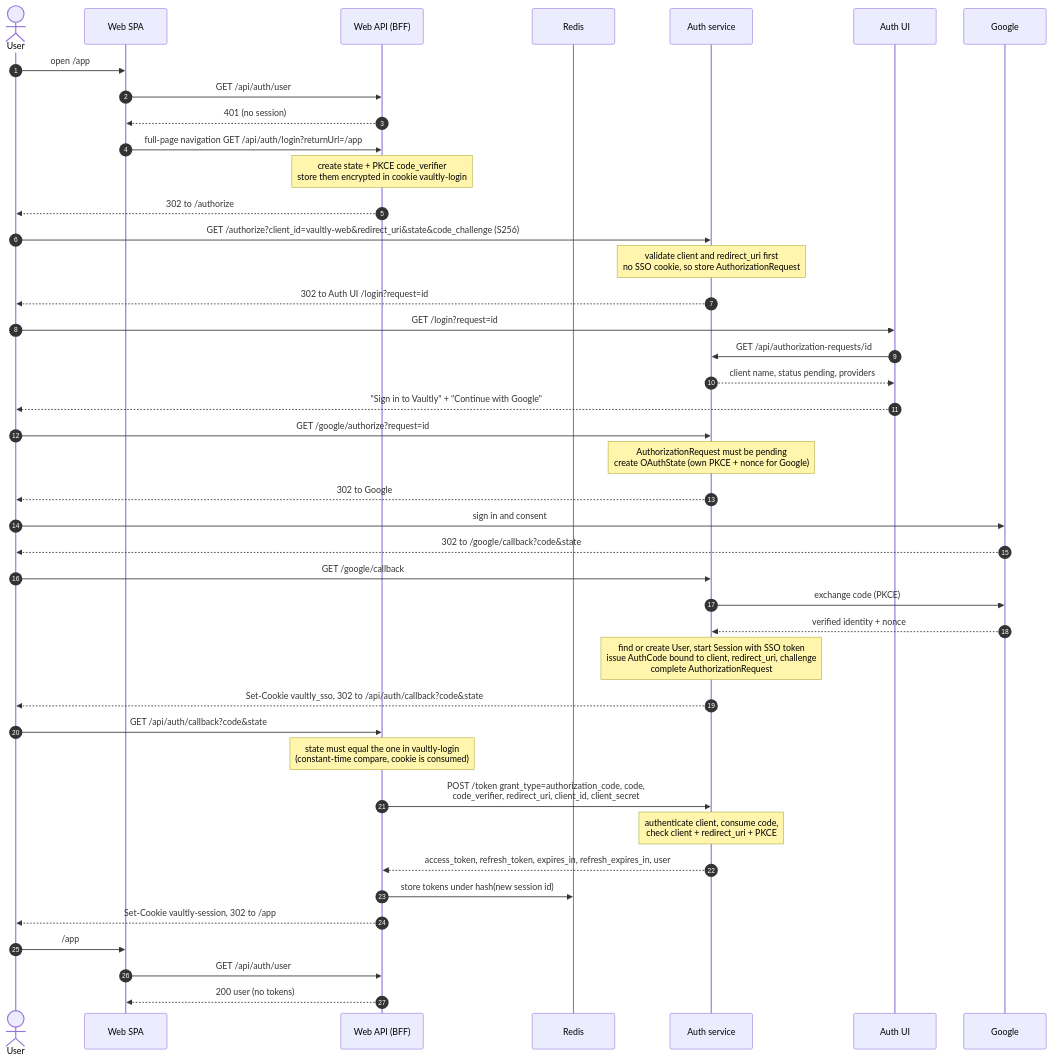
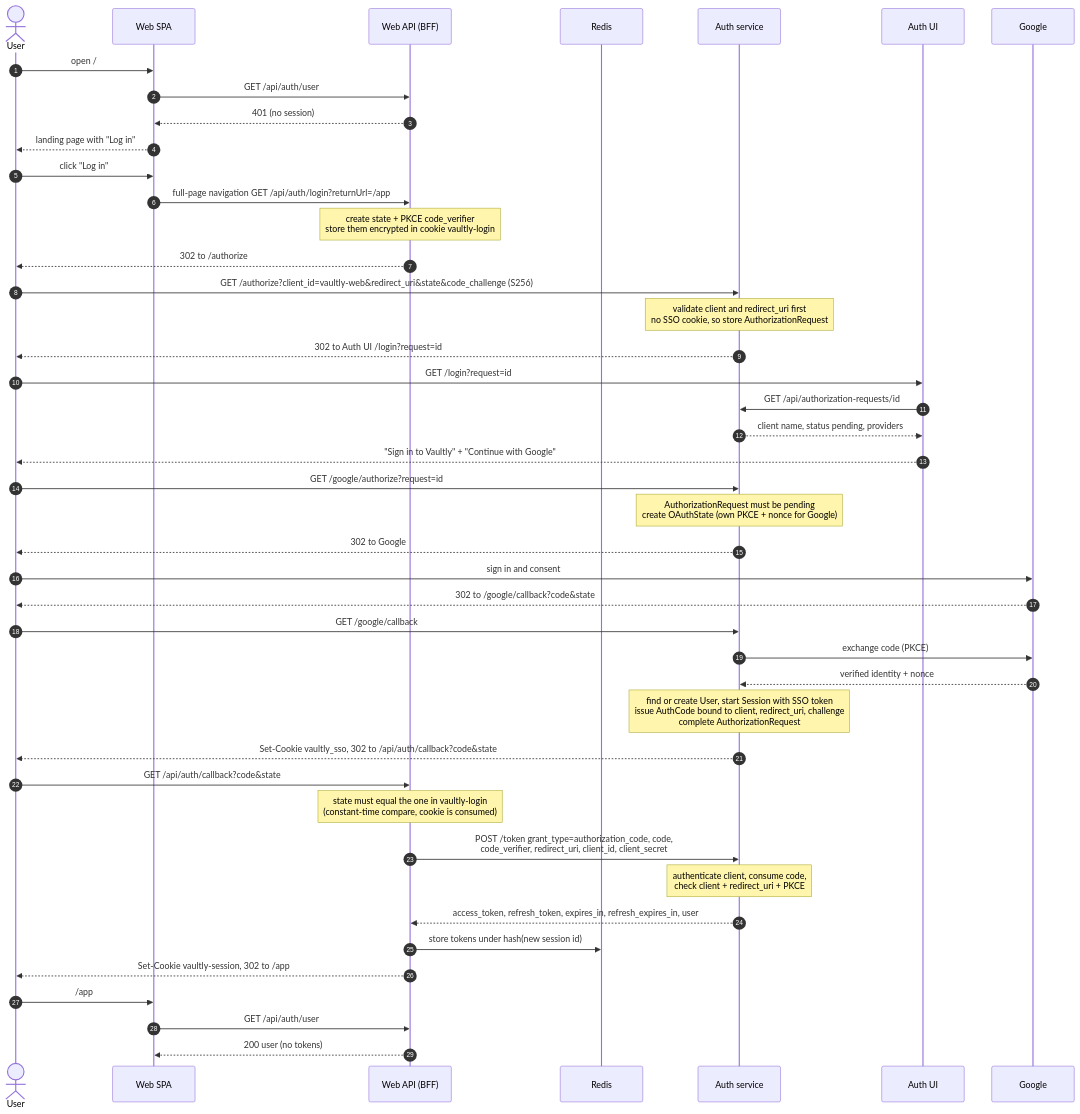
One commit to stp-nowak/VAULTLY changed the second of 7 diagrams in docs/architecture/authentication.md. Above: the diagram before and after it, drawn with Mermaid. The commit also changed other lines of this file and 28 other files, not shown here.

First line of the commit message:
feat: show a landing page instead of redirecting to sign-in

````diff
--- a/docs/architecture/authentication.md
+++ b/docs/architecture/authentication.md
@@ -68,45 +68,47 @@
 ```mermaid
 sequenceDiagram
     autonumber
     actor U as User
     participant SPA as Web SPA
     participant BFF as Web API (BFF)
     participant R as Redis
     participant A as Auth service
     participant UI as Auth UI
     participant G as Google
 
-    U->>SPA: open /app
+    U->>SPA: open /
     SPA->>BFF: GET /api/auth/user
     BFF-->>SPA: 401 (no session)
+    SPA-->>U: landing page with "Log in"
+    U->>SPA: click "Log in"
     SPA->>BFF: full-page navigation GET /api/auth/login?returnUrl=/app
     Note over BFF: create state + PKCE code_verifier<br/>store them encrypted in cookie vaultly-login
     BFF-->>U: 302 to /authorize
     U->>A: GET /authorize?client_id=vaultly-web&redirect_uri&state&code_challenge (S256)
     Note over A: validate client and redirect_uri first<br/>no SSO cookie, so store AuthorizationRequest
     A-->>U: 302 to Auth UI /login?request=id
     U->>UI: GET /login?request=id
     UI->>A: GET /api/authorization-requests/id
     A-->>UI: client name, status pending, providers
     UI-->>U: "Sign in to Vaultly" + "Continue with Google"
     U->>A: GET /google/authorize?request=id
     Note over A: AuthorizationRequest must be pending<br/>create OAuthState (own PKCE + nonce for Google)
     A-->>U: 302 to Google
     U->>G: sign in and consent
     G-->>U: 302 to /google/callback?code&state
     U->>A: GET /google/callback
     A->>G: exchange code (PKCE)
     G-->>A: verified identity + nonce
     Note over A: find or create User, start Session with SSO token<br/>issue AuthCode bound to client, redirect_uri, challenge<br/>complete AuthorizationRequest
     A-->>U: Set-Cookie vaultly_sso, 302 to /api/auth/callback?code&state
     U->>BFF: GET /api/auth/callback?code&state
     Note over BFF: state must equal the one in vaultly-login<br/>(constant-time compare, cookie is consumed)
     BFF->>A: POST /token grant_type=authorization_code, code,<br/>code_verifier, redirect_uri, client_id, client_secret
     Note over A: authenticate client, consume code,<br/>check client + redirect_uri + PKCE
     A-->>BFF: access_token, refresh_token, expires_in, refresh_expires_in, user
     BFF->>R: store tokens under hash(new session id)
     BFF-->>U: Set-Cookie vaultly-session, 302 to /app
     U->>SPA: /app
     SPA->>BFF: GET /api/auth/user
     BFF-->>SPA: 200 user (no tokens)
 ```
````
